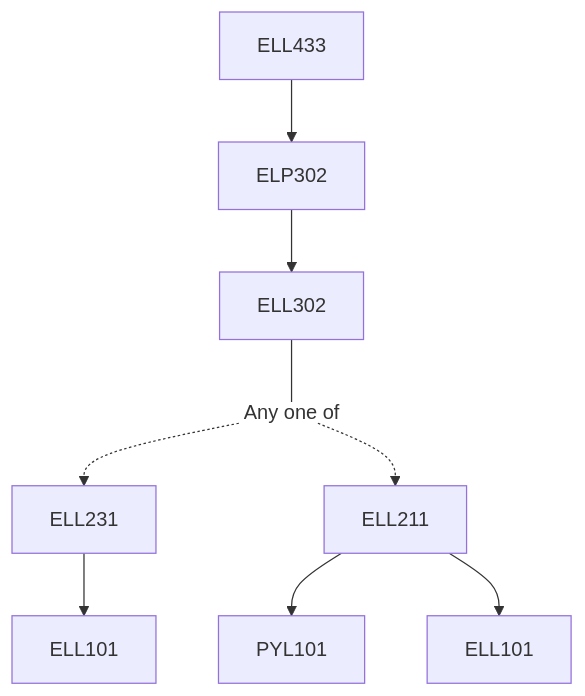
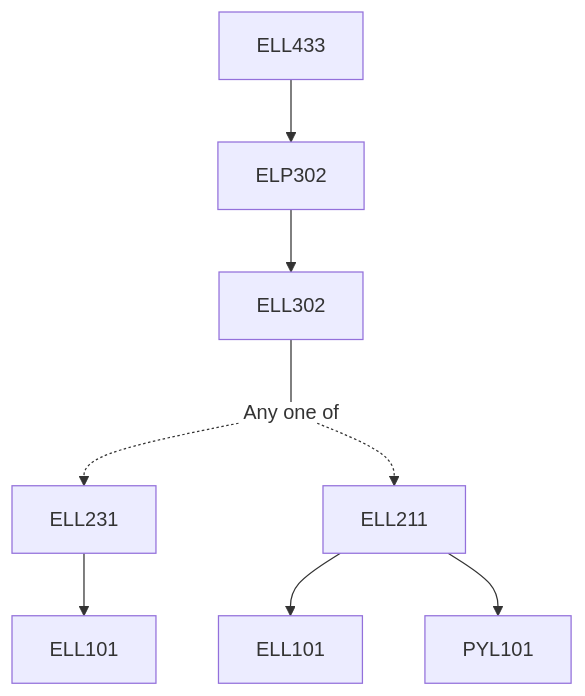
The diagram in content/Electrical Engineering/ELL433.md (KeshavBansal0122/CoS_Website), drawn with Mermaid before and after one commit. The commit also changed other lines of this file and 2667 other files, not shown here.

````diff
--- a/content/Electrical Engineering/ELL433.md
+++ b/content/Electrical Engineering/ELL433.md
@@ -15,15 +13,15 @@
 ```mermaid
 flowchart TD
-ELL433-130[ELL433]
-ELL433-130 --> ELP302-130[ELP302]
-ELP302-130 --> ELL302-130[ELL302]
-ELL302-130 --- Or131[Any one of]:::empty
-Or131 -.-> ELL231-132[ELL231]
-ELL231-132 --> ELL101-132[ELL101]
-Or131 -.-> ELL211-133[ELL211]
-ELL211-133 --> PYL101-133[PYL101]
-ELL211-133 --> ELL101-133[ELL101]
+ELL433-336[ELL433]
+ELP302-336 --> ELL302-336[ELL302]
+ELL433-336 --> ELP302-336[ELP302]
+ELL302-336 --- Or337[Any one of]:::empty
+Or337 -.-> ELL231-338[ELL231]
+ELL231-338 --> ELL101-338[ELL101]
+Or337 -.-> ELL211-339[ELL211]
+ELL211-339 --> ELL101-339[ELL101]
+ELL211-339 --> PYL101-339[PYL101]
 
 classDef empty height:17px, fill:transparent, stroke:transparent;
 classDef trueEmpty height:0px, width:0px;
 ```
````
